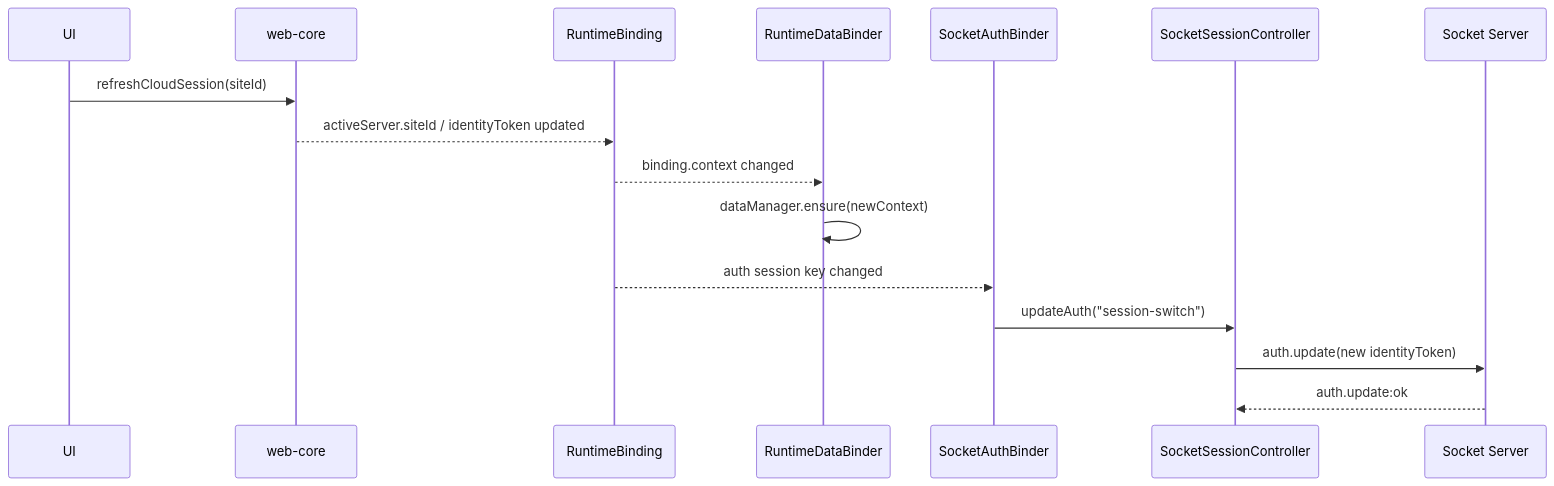
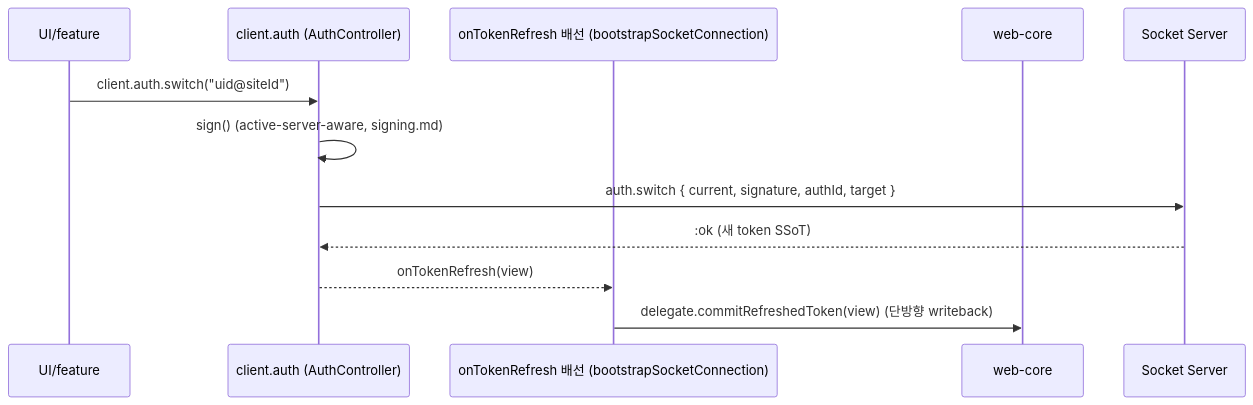
One commit to lemoncloud-io/dou-app changed the second of 2 diagrams in libs/app-runtime/docs/data/context-design.md. Above: the diagram before and after it, drawn with Mermaid. The commit also changed other lines of this file and 11 other files, not shown here.

First line of the commit message:
docs(auth): document SDK AuthController adoption and architecture

````diff
--- a/libs/app-runtime/docs/data/context-design.md
+++ b/libs/app-runtime/docs/data/context-design.md
@@ -376,19 +378,15 @@
 ```mermaid
 sequenceDiagram
-  participant UI as UI
+  participant UI as UI/feature
+  participant AC as client.auth (AuthController)
+  participant WIRE as onTokenRefresh 배선 (bootstrapSocketConnection)
   participant WC as web-core
-  participant RB as RuntimeBinding
-  participant DB as RuntimeDataBinder
-  participant AB as SocketAuthBinder
-  participant SC as SocketSessionController
   participant S as Socket Server
 
-  UI->>WC: refreshCloudSession(siteId)
-  WC-->>RB: activeServer.siteId / identityToken updated
-  RB-->>DB: binding.context changed
-  DB->>DB: dataManager.ensure(newContext)
-  RB-->>AB: auth session key changed
-  AB->>SC: updateAuth("session-switch")
-  SC->>S: auth.update(new identityToken)
-  S-->>SC: auth.update:ok
+  UI->>AC: client.auth.switch("uid@siteId")
+  AC->>AC: sign()  (active-server-aware, signing.md)
+  AC->>S: auth.switch { current, signature, authId, target }
+  S-->>AC: :ok (새 token SSoT)
+  AC-->>WIRE: onTokenRefresh(view)
+  WIRE->>WC: delegate.commitRefreshedToken(view)  (단방향 writeback)
 ```
````
